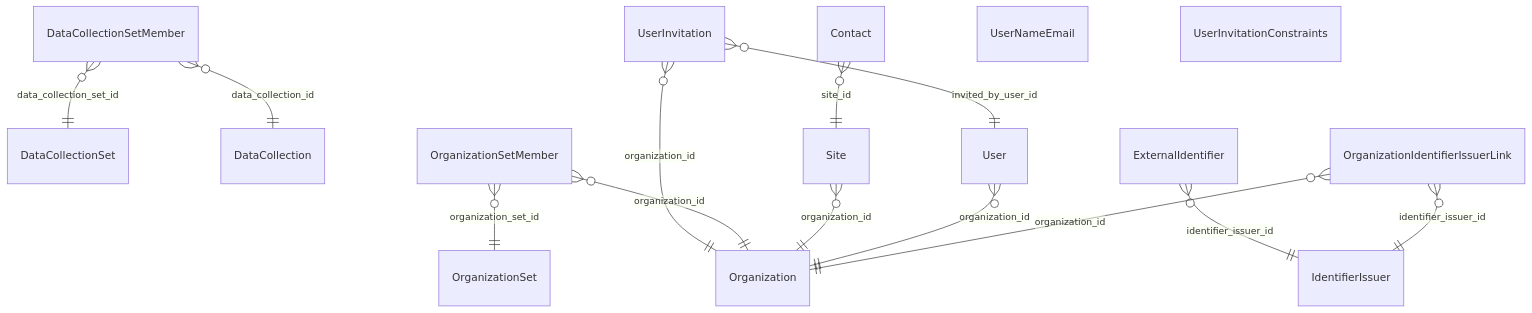
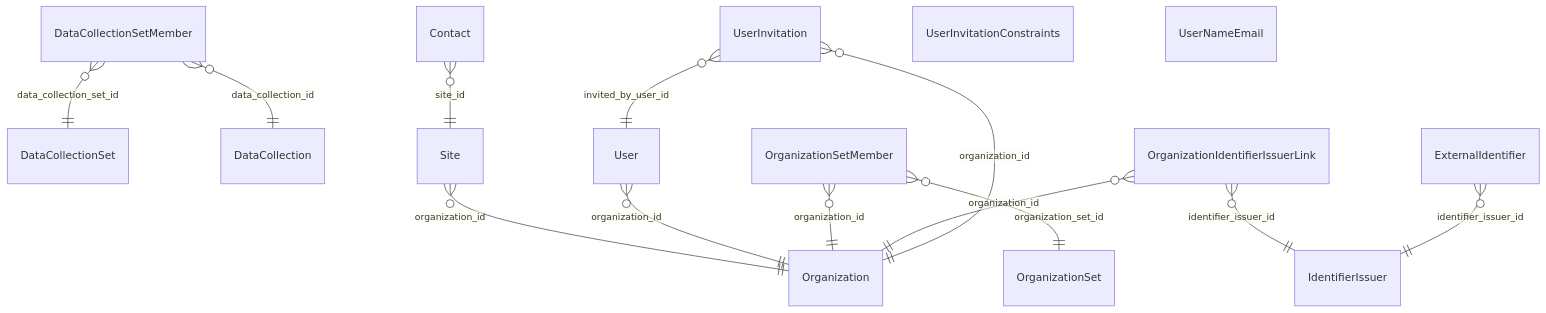
One commit to RIVM-bioinformatics/gen-epix-api changed the diagram in docs/erm/casedb.organization.md. Above: the diagram before and after it, drawn with Mermaid. The commit also changed other lines of this file and 161 other files, not shown here.

````diff
--- a/docs/erm/casedb.organization.md
+++ b/docs/erm/casedb.organization.md
@@ -5,25 +5,25 @@
 ```mermaid
 erDiagram
     %% casedb / ORGANIZATION (simplified)
 
     %% Relationships
     DataCollectionSetMember }o--|| DataCollectionSet : "data_collection_set_id"
     DataCollectionSetMember }o--|| DataCollection : "data_collection_id"
+    Site }o--|| Organization : "organization_id"
+    User }o--|| Organization : "organization_id"
+    OrganizationSetMember }o--|| OrganizationSet : "organization_set_id"
+    OrganizationSetMember }o--|| Organization : "organization_id"
+    OrganizationIdentifierIssuerLink }o--|| Organization : "organization_id"
+    OrganizationIdentifierIssuerLink }o--|| IdentifierIssuer : "identifier_issuer_id"
     UserInvitation }o--|| Organization : "organization_id"
     UserInvitation }o--|| User : "invited_by_user_id"
-    OrganizationSetMember }o--|| OrganizationSet : "organization_set_id"
-    OrganizationSetMember }o--|| Organization : "organization_id"
-    Site }o--|| Organization : "organization_id"
     Contact }o--|| Site : "site_id"
-    User }o--|| Organization : "organization_id"
     ExternalIdentifier }o--|| IdentifierIssuer : "identifier_issuer_id"
-    OrganizationIdentifierIssuerLink }o--|| Organization : "organization_id"
-    OrganizationIdentifierIssuerLink }o--|| IdentifierIssuer : "identifier_issuer_id"
+
+    UserInvitationConstraints {
+    }
 
     UserNameEmail {
     }
 
-    UserInvitationConstraints {
-    }
-
 ```
````
